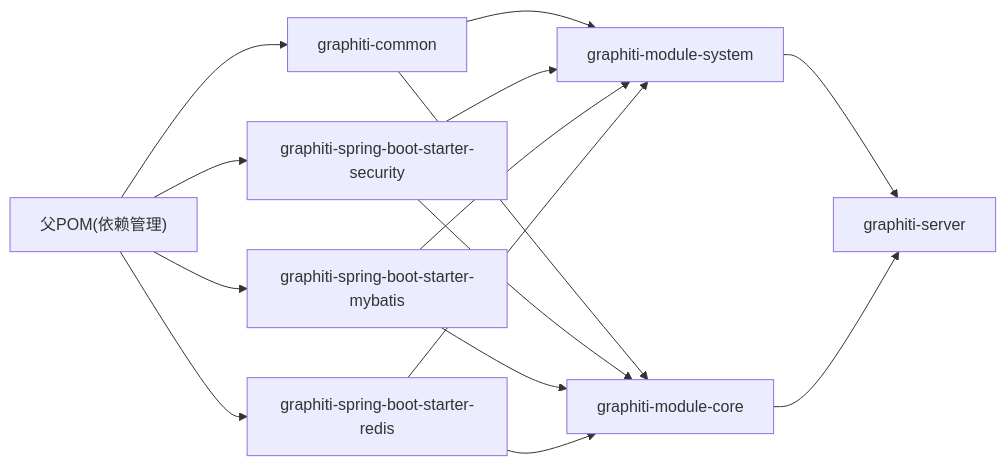
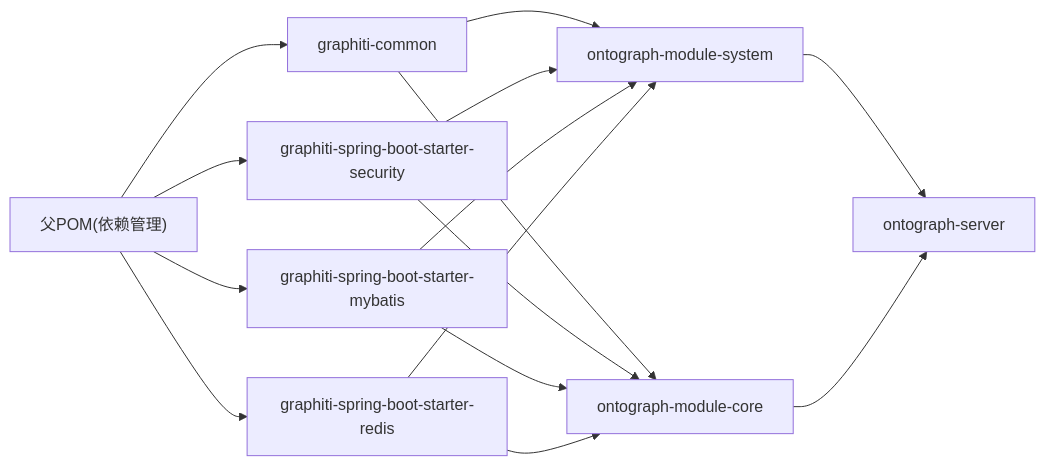
The seventh of 7 diagrams in docs/manual/最佳实践/团队协作实践.md (joezxh/graphiti-java), drawn with Mermaid before and after one commit. The commit also changed other lines of this file and 200 other files, not shown here.

````diff
--- a/docs/manual/最佳实践/团队协作实践.md
+++ b/docs/manual/最佳实践/团队协作实践.md
@@ -277,17 +277,17 @@
 ```mermaid
 graph LR
 POM["父POM(依赖管理)"] --> COMMON["graphiti-common"]
 POM --> SEC["graphiti-spring-boot-starter-security"]
 POM --> MYB["graphiti-spring-boot-starter-mybatis"]
 POM --> RED["graphiti-spring-boot-starter-redis"]
-COMMON --> SYS["graphiti-module-system"]
-COMMON --> CORE["graphiti-module-core"]
+COMMON --> SYS["ontograph-module-system"]
+COMMON --> CORE["ontograph-module-core"]
 SEC --> SYS
 SEC --> CORE
 MYB --> SYS
 MYB --> CORE
 RED --> SYS
 RED --> CORE
-SYS --> SERVER["graphiti-server"]
+SYS --> SERVER["ontograph-server"]
 CORE --> SERVER
 ```
````
